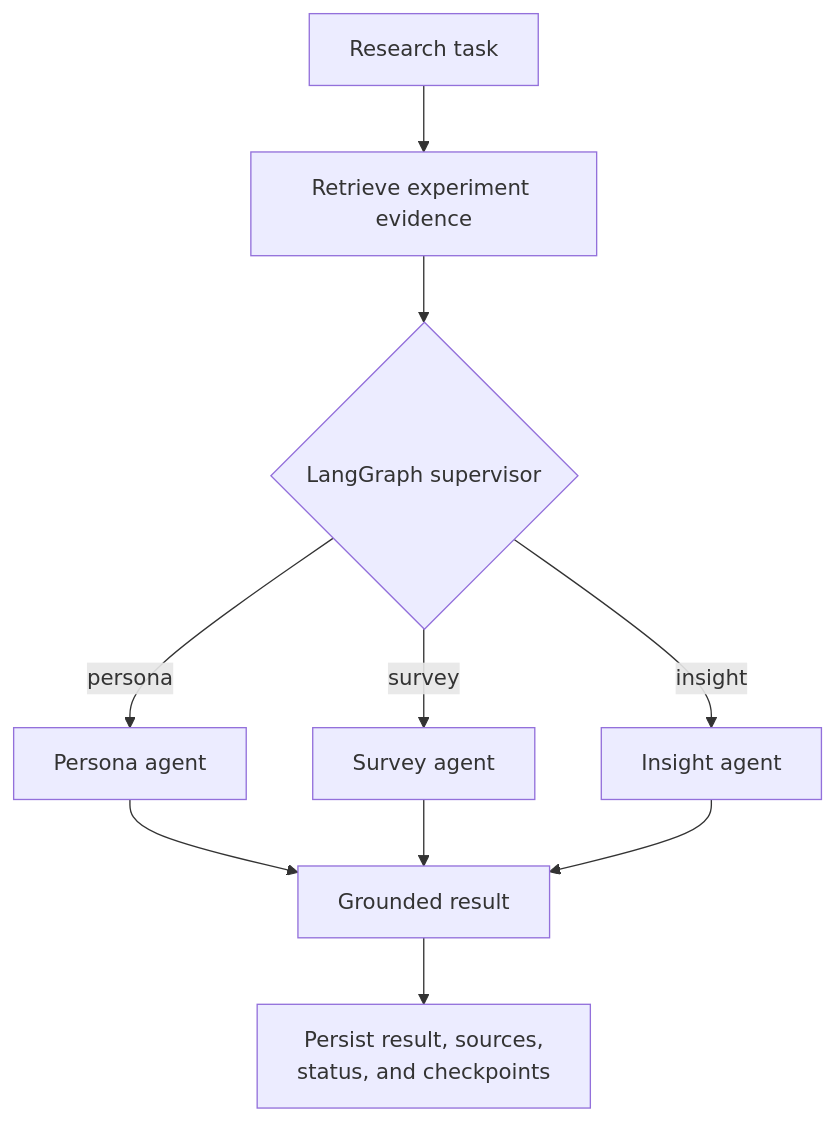
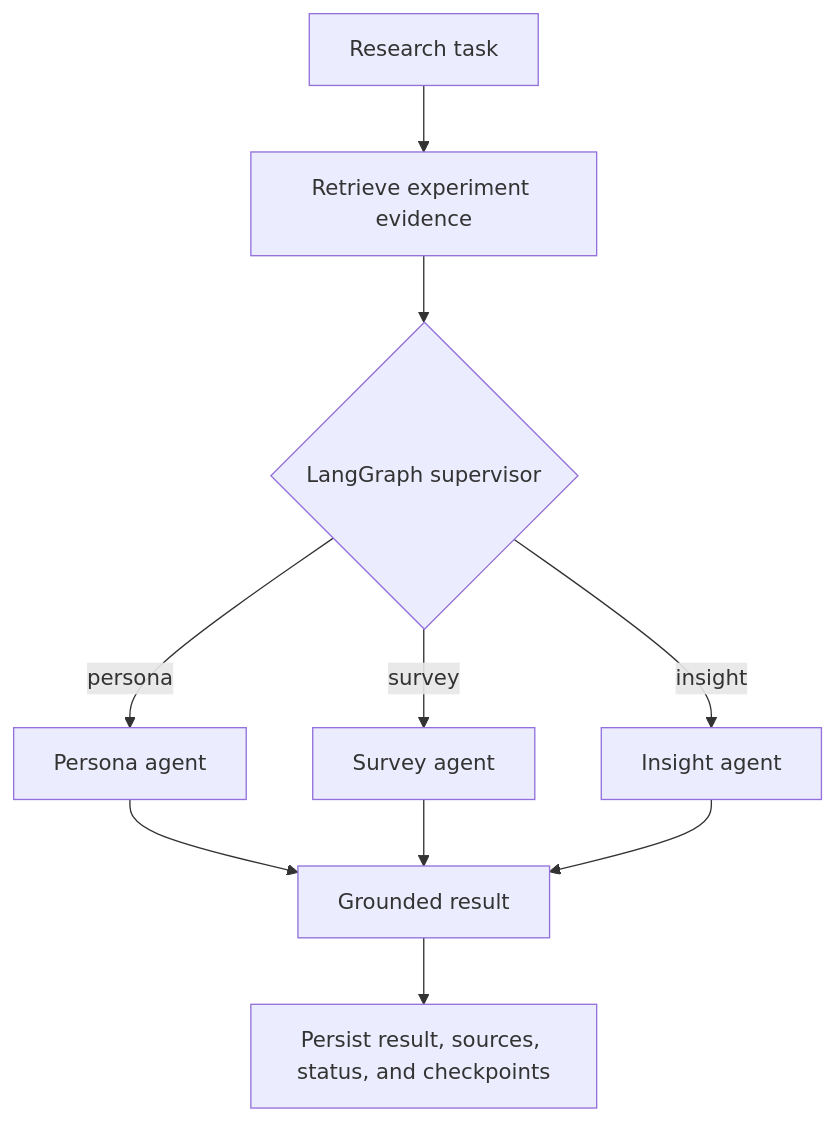
One commit to sai1110v/Generation-of-AI-Powered-Synthetic-Users-for-Product-Research changed the second of 2 diagrams in README.md. Above: the diagram before and after it, drawn with Mermaid. The commit also changed other lines of this file, not shown here.

````diff
--- a/README.md
+++ b/README.md
@@ -112,12 +112,12 @@
 ```mermaid
 flowchart TD
     Q["Research task"] --> K["Retrieve experiment evidence"]
     K --> S{"LangGraph supervisor"}
-    S -->|"persona"| P["Persona agent"]
-    S -->|"survey"| V["Survey agent"]
-    S -->|"insight"| I["Insight agent"]
+    S -- "persona" --> P["Persona agent"]
+    S -- "survey" --> V["Survey agent"]
+    S -- "insight" --> I["Insight agent"]
     P --> O["Grounded result"]
     V --> O
     I --> O
-    O --> C["Persist result, sources,<br/>status, and checkpoints"]
+    O --> C["Persist result, sources, status, and checkpoints"]
 ```
````
